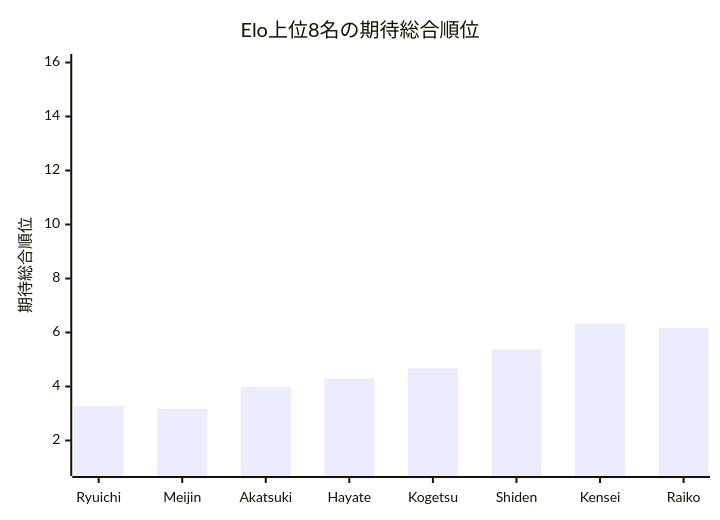
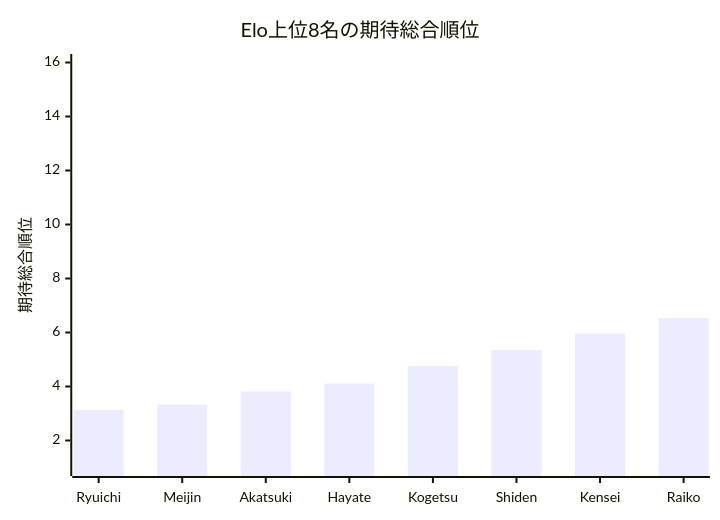
The first of 2 diagrams in Output/TournamentQualityEvaluator/TournamentQualityReport/Summary/trial_cup_2026_quality_neutral_single200_summary.md (muzudho/ShogiTournamentSystemAnalyzer), drawn with Mermaid before and after one commit. The commit also changed other lines of this file and 46 other files, not shown here.

````diff
--- a/Output/TournamentQualityEvaluator/TournamentQualityReport/Summary/trial_cup_2026_quality_neutral_single200_summary.md
+++ b/Output/TournamentQualityEvaluator/TournamentQualityReport/Summary/trial_cup_2026_quality_neutral_single200_summary.md
@@ -43,7 +57,7 @@
 ```mermaid
 xychart-beta
     title "Elo上位8名の期待総合順位"
     x-axis ["Ryuichi", "Meijin", "Akatsuki", "Hayate", "Kogetsu", "Shiden", "Kensei", "Raiko"]
     y-axis "期待総合順位" 1 --> 16
-    bar [3.275, 3.182, 3.985, 4.295, 4.670, 5.372, 6.338, 6.168]
+    bar [3.132, 3.333, 3.817, 4.107, 4.762, 5.352, 5.975, 6.535]
 ```
````
